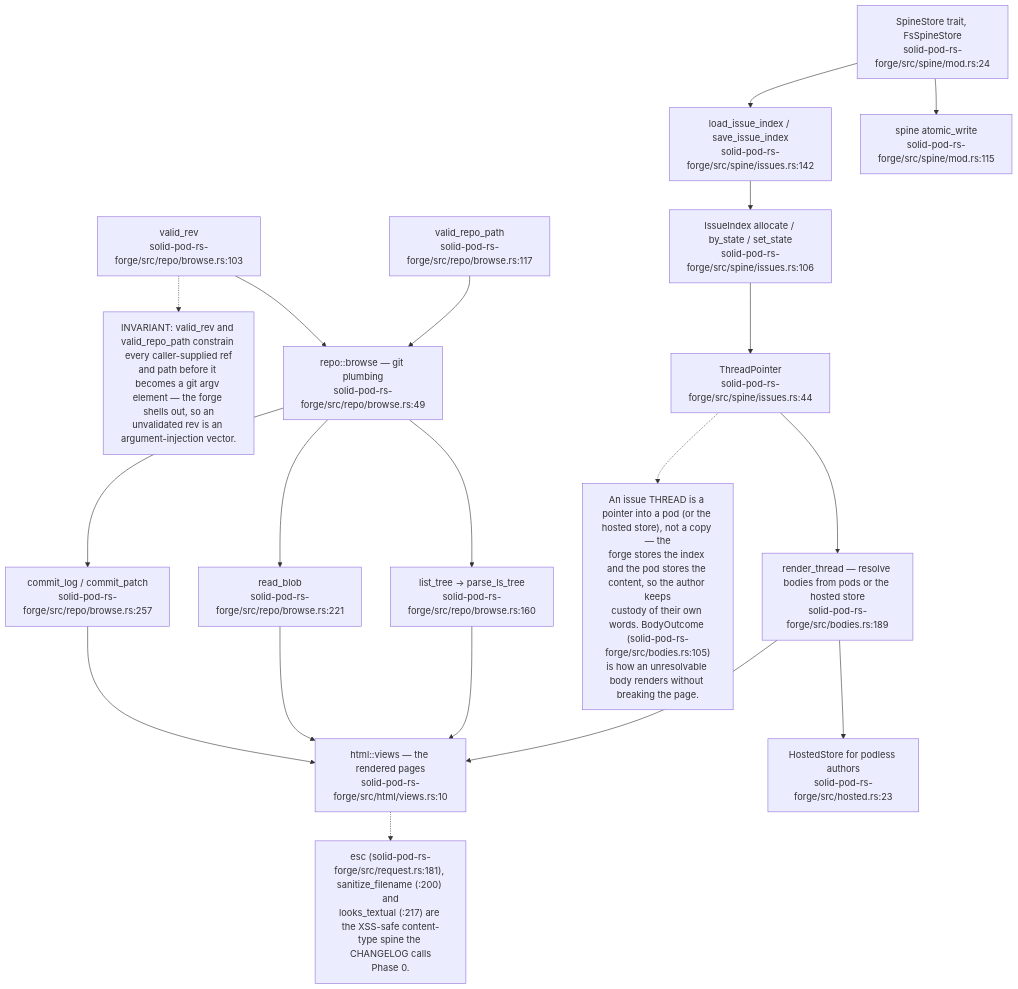
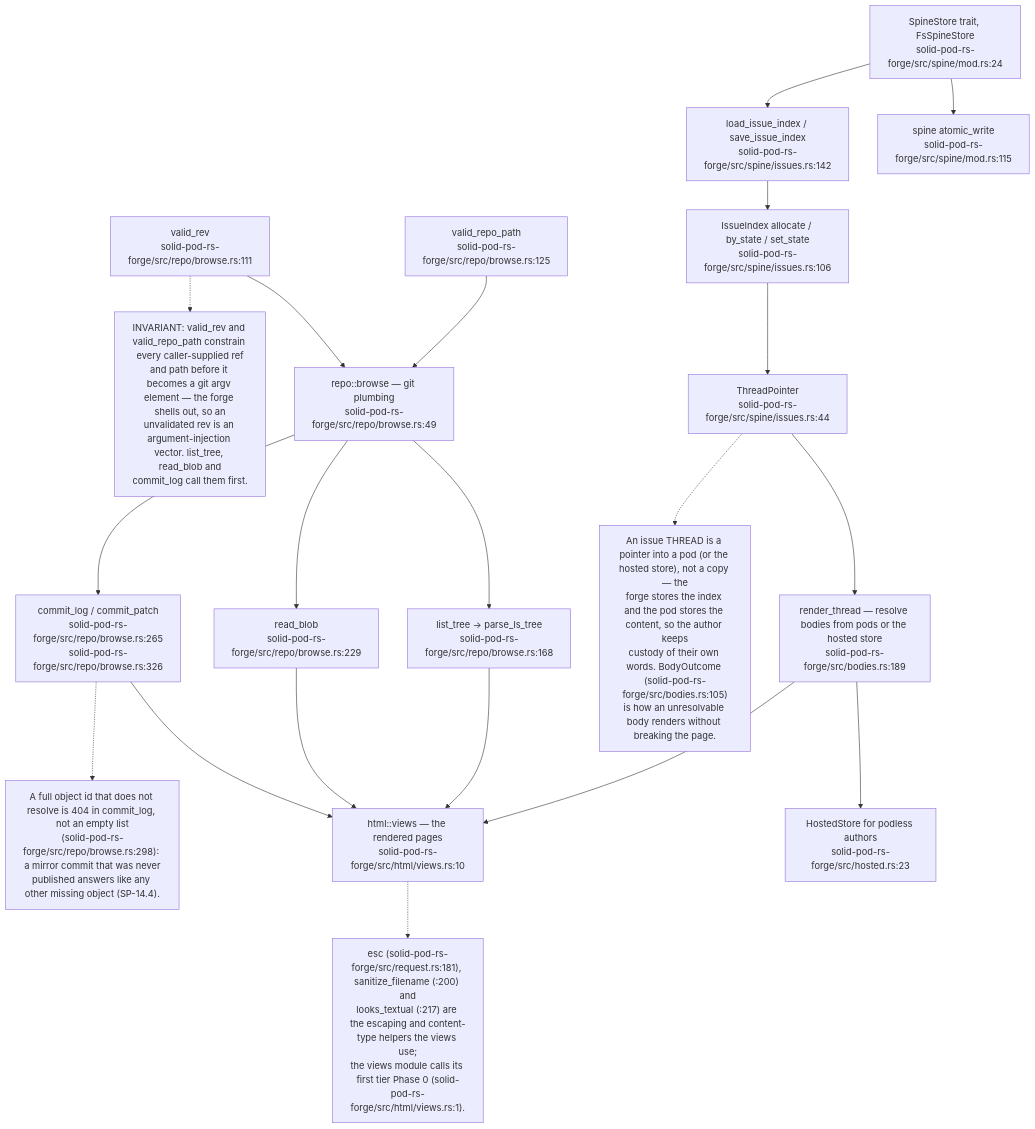
One commit to DreamLab-AI/VisionFlow changed diagram 12 of 17 in docs/diagrams/solid-pod-rs/08-federation-notifications-forge-mcp.md. Above: the diagram before and after it, drawn with Mermaid. The commit also changed other lines of this file and 47 other files, not shown here.

````diff
--- a/docs/diagrams/solid-pod-rs/08-federation-notifications-forge-mcp.md
+++ b/docs/diagrams/solid-pod-rs/08-federation-notifications-forge-mcp.md
@@ -369,36 +438,38 @@
 ```mermaid
 flowchart TD
     BR["repo::browse — git plumbing<br/>solid-pod-rs-forge/src/repo/browse.rs:49"]
-    VR["valid_rev<br/>solid-pod-rs-forge/src/repo/browse.rs:103"]
-    VP["valid_repo_path<br/>solid-pod-rs-forge/src/repo/browse.rs:117"]
-    LT["list_tree -> parse_ls_tree<br/>solid-pod-rs-forge/src/repo/browse.rs:160"]
-    RB["read_blob<br/>solid-pod-rs-forge/src/repo/browse.rs:221"]
-    CL["commit_log / commit_patch<br/>solid-pod-rs-forge/src/repo/browse.rs:257"]
+    VR["valid_rev<br/>solid-pod-rs-forge/src/repo/browse.rs:111"]
+    VP["valid_repo_path<br/>solid-pod-rs-forge/src/repo/browse.rs:125"]
+    LT["list_tree -> parse_ls_tree<br/>solid-pod-rs-forge/src/repo/browse.rs:168"]
+    RB["read_blob<br/>solid-pod-rs-forge/src/repo/browse.rs:229"]
+    CL["commit_log / commit_patch<br/>solid-pod-rs-forge/src/repo/browse.rs:265<br/>solid-pod-rs-forge/src/repo/browse.rs:326"]
     SP["SpineStore trait, FsSpineStore<br/>solid-pod-rs-forge/src/spine/mod.rs:24"]
     AW["spine atomic_write<br/>solid-pod-rs-forge/src/spine/mod.rs:115"]
     IX["IssueIndex allocate / by_state / set_state<br/>solid-pod-rs-forge/src/spine/issues.rs:106"]
     LD["load_issue_index / save_issue_index<br/>solid-pod-rs-forge/src/spine/issues.rs:142"]
     TP["ThreadPointer<br/>solid-pod-rs-forge/src/spine/issues.rs:44"]
     RT["render_thread — resolve bodies from pods or the hosted store<br/>solid-pod-rs-forge/src/bodies.rs:189"]
     HS["HostedStore for podless authors<br/>solid-pod-rs-forge/src/hosted.rs:23"]
     VIEW["html::views — the rendered pages<br/>solid-pod-rs-forge/src/html/views.rs:10"]
 
     VR --> BR
     VP --> BR
     BR --> LT
     BR --> RB
     BR --> CL
     SP --> AW
     SP --> LD --> IX --> TP --> RT --> HS
     LT --> VIEW
     RB --> VIEW
     CL --> VIEW
     RT --> VIEW
 
-    N["INVARIANT: valid_rev and valid_repo_path constrain every caller-supplied ref<br/>and path before it becomes a git argv element — the forge shells out, so an<br/>unvalidated rev is an argument-injection vector."]
+    N["INVARIANT: valid_rev and valid_repo_path constrain every caller-supplied ref<br/>and path before it becomes a git argv element — the forge shells out, so an<br/>unvalidated rev is an argument-injection vector. list_tree, read_blob and<br/>commit_log call them first."]
     VR -.-> N
     N2["An issue THREAD is a pointer into a pod (or the hosted store), not a copy — the<br/>forge stores the index and the pod stores the content, so the author keeps<br/>custody of their own words. BodyOutcome (solid-pod-rs-forge/src/bodies.rs:105)<br/>is how an unresolvable body renders without breaking the page."]
     TP -.-> N2
-    N3["esc (solid-pod-rs-forge/src/request.rs:181), sanitize_filename (:200) and<br/>looks_textual (:217) are the XSS-safe content-type spine the CHANGELOG calls<br/>Phase 0."]
+    N3["esc (solid-pod-rs-forge/src/request.rs:181), sanitize_filename (:200) and<br/>looks_textual (:217) are the escaping and content-type helpers the views use;<br/>the views module calls its first tier Phase 0 (solid-pod-rs-forge/src/html/views.rs:1)."]
     VIEW -.-> N3
+    N4["A full object id that does not resolve is 404 in commit_log, not an empty list<br/>(solid-pod-rs-forge/src/repo/browse.rs:298): a mirror commit that was never<br/>published answers like any other missing object (SP-14.4)."]
+    CL -.-> N4
 ```
````
